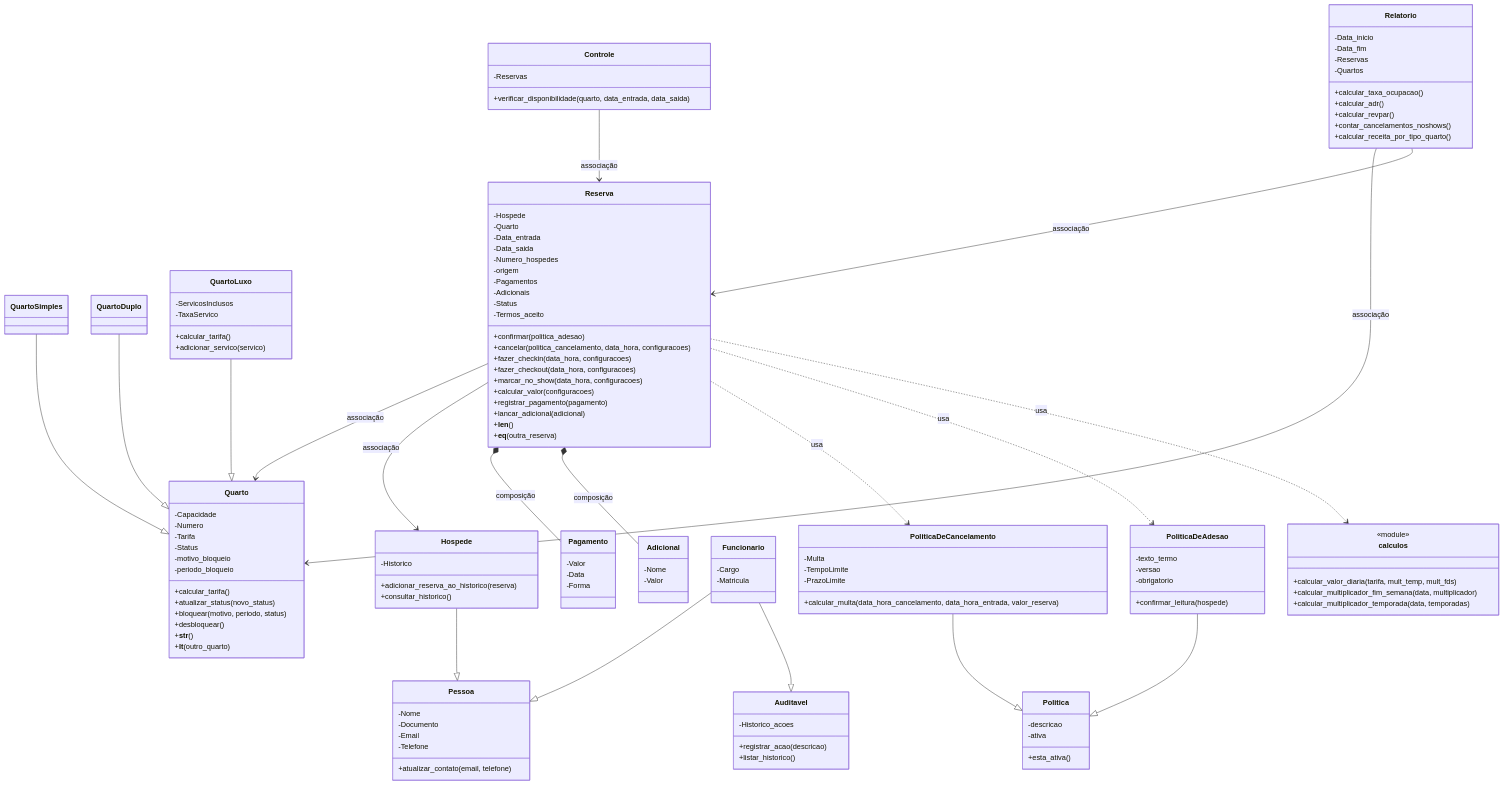
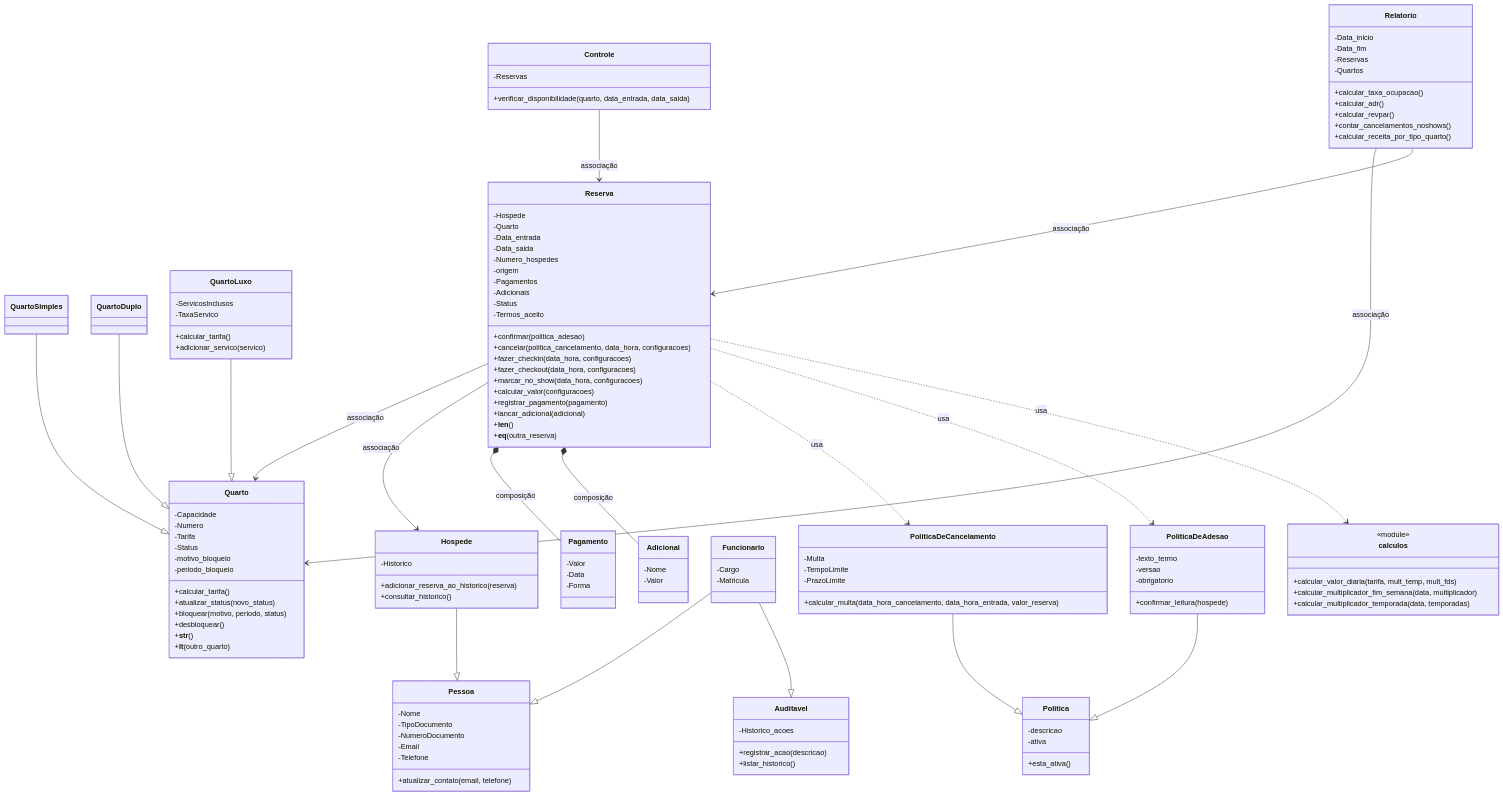
One commit to DaniloNuns/MiniProjetoPOO---SISTEMA-DE-RESERVAS-DE-HOTEL changed the diagram in diagramas/UML.md. Above: the diagram before and after it, drawn with Mermaid. The commit also changed other lines of this file, not shown here.

Commit message:
Update Pessoa class attributes in UML diagram
Removed 'Documento' and added 'NumeroDocumento' and 'TipoDocumento' to the 'Pessoa' class.

```diff
--- a/diagramas/UML.md
+++ b/diagramas/UML.md
@@ -282,7 +282,8 @@
 
     class Pessoa {
         -Nome
-        -Documento
+        -TipoDocumento
+        -NumeroDocumento
         -Email
         -Telefone
         +atualizar_contato(email, telefone)
```
